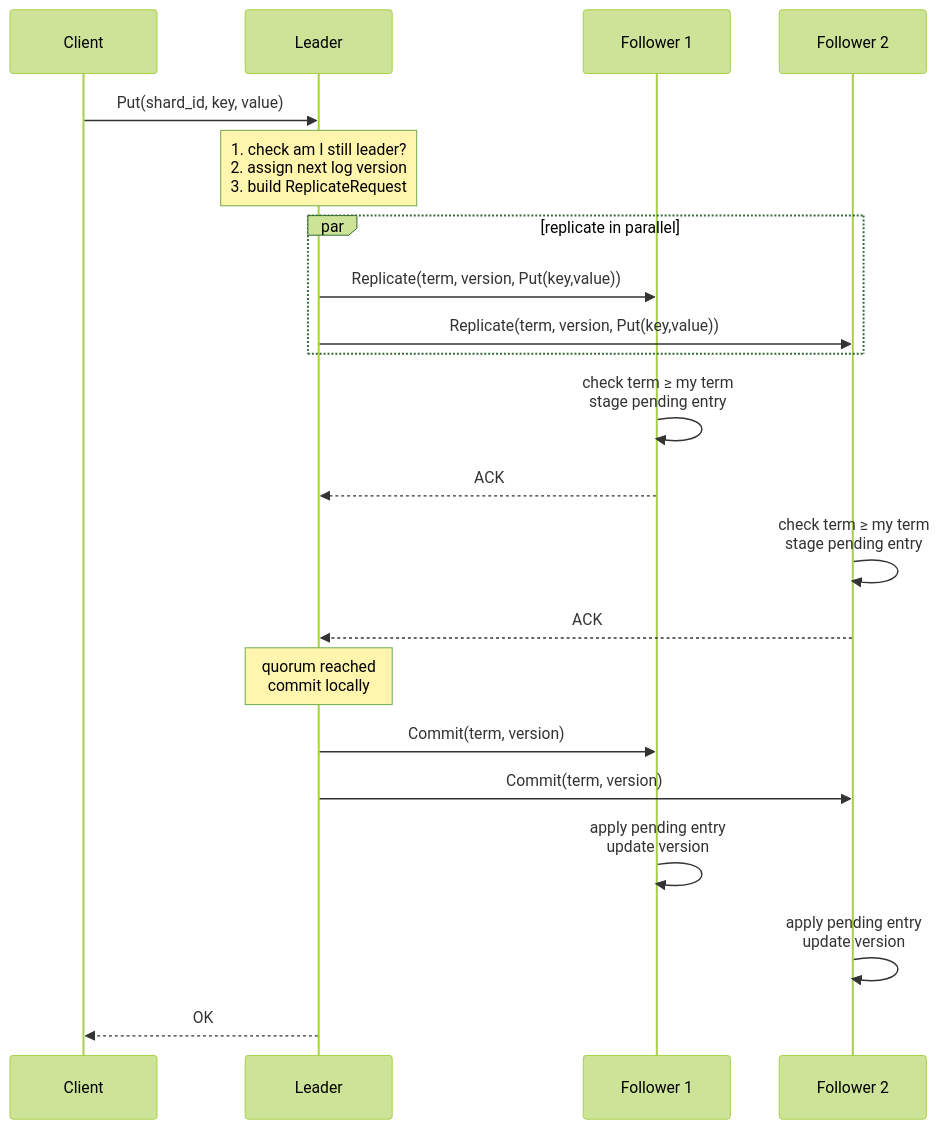
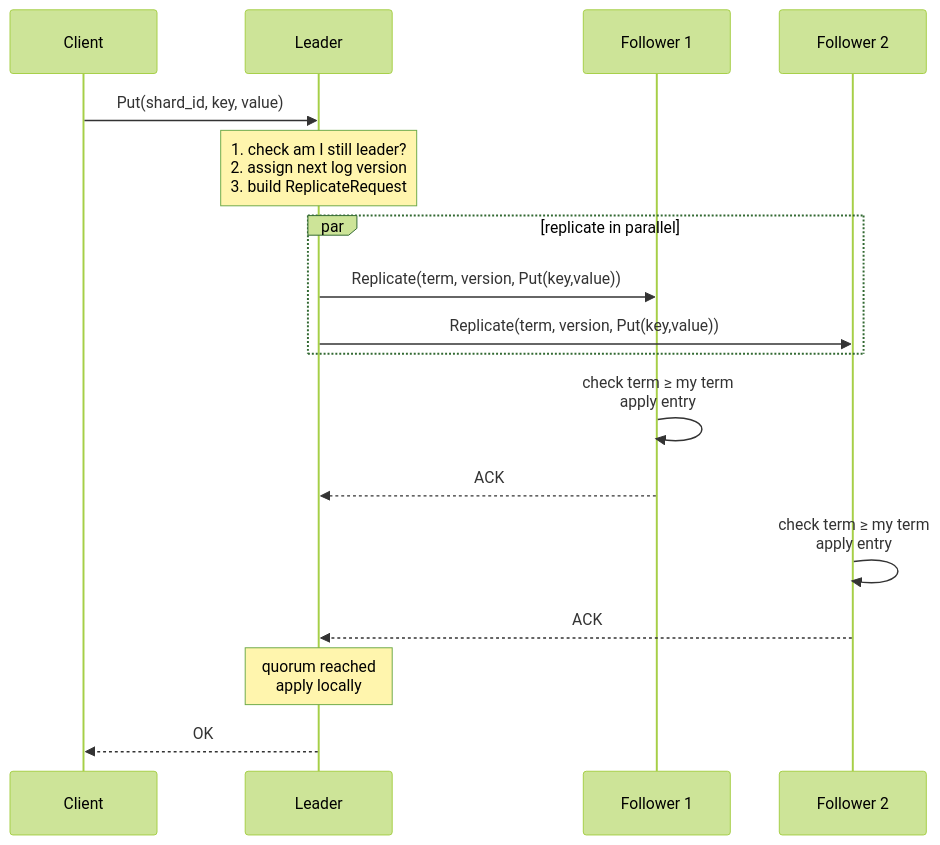
One commit to davecarr1024/doki changed the second of 3 diagrams in docs/design.md. Above: the diagram before and after it, drawn with Mermaid (forest theme). The commit also changed other lines of this file and 15 other files, not shown here.

````diff
--- a/docs/design.md
+++ b/docs/design.md
@@ -331,24 +331,20 @@
 ```mermaid
 sequenceDiagram
     participant C as Client
     participant L as Leader
     participant F1 as Follower 1
     participant F2 as Follower 2
 
     C->>L: Put(shard_id, key, value)
     note over L: 1. check am I still leader?<br/>2. assign next log version<br/>3. build ReplicateRequest
     par replicate in parallel
         L->>F1: Replicate(term, version, Put(key,value))
         L->>F2: Replicate(term, version, Put(key,value))
     end
-    F1->>F1: check term ≥ my term<br/>stage pending entry
+    F1->>F1: check term ≥ my term<br/>apply entry
     F1-->>L: ACK
-    F2->>F2: check term ≥ my term<br/>stage pending entry
+    F2->>F2: check term ≥ my term<br/>apply entry
     F2-->>L: ACK
-    note over L: quorum reached<br/>commit locally
-    L->>F1: Commit(term, version)
-    L->>F2: Commit(term, version)
-    F1->>F1: apply pending entry<br/>update version
-    F2->>F2: apply pending entry<br/>update version
+    note over L: quorum reached<br/>apply locally
     L-->>C: OK
 ```
````
